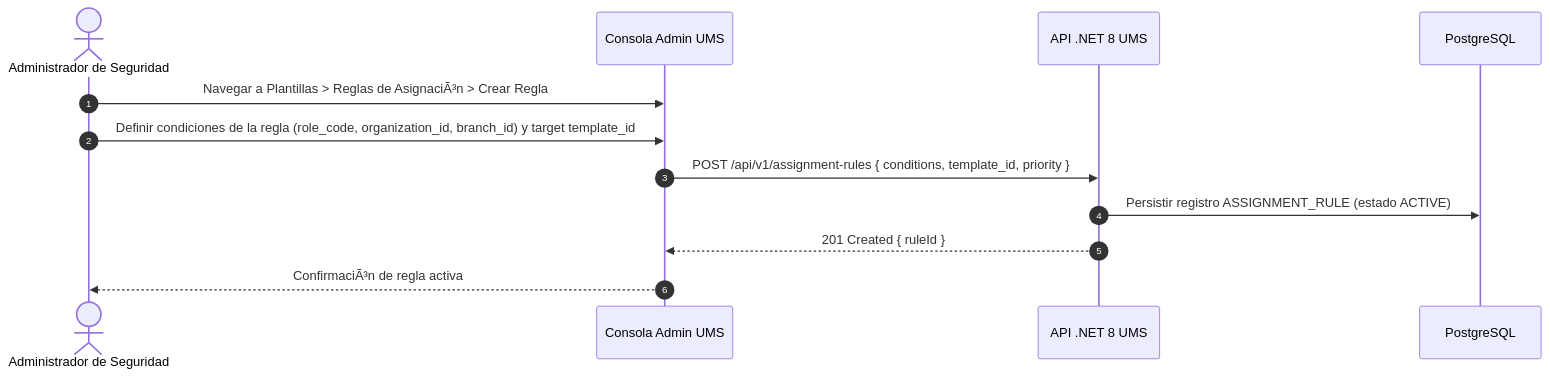
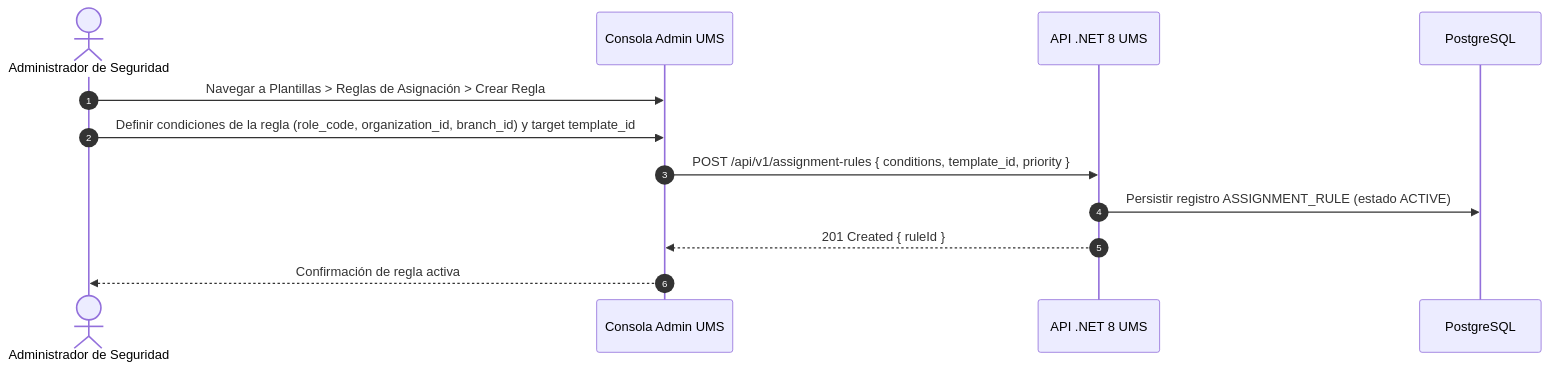
One commit to beyondnetcode/ums changed the first of 2 diagrams in src/ums-workspace/docs/es/01-requirements/functional-stories/fs-06-auto-assign-template.md. Above: the diagram before and after it, drawn with Mermaid. The commit also changed other lines of this file and 9 other files, not shown here.

````diff
--- a/src/ums-workspace/docs/es/01-requirements/functional-stories/fs-06-auto-assign-template.md
+++ b/src/ums-workspace/docs/es/01-requirements/functional-stories/fs-06-auto-assign-template.md
@@ -21,15 +21,15 @@
 ```mermaid
 sequenceDiagram
     autonumber
     actor Admin as Administrador de Seguridad
     participant Console as Consola Admin UMS
     participant API as API .NET 8 UMS
     participant DB as PostgreSQL
 
-    Admin->>Console: Navegar a Plantillas > Reglas de AsignaciÃ³n > Crear Regla
+    Admin->>Console: Navegar a Plantillas > Reglas de Asignación > Crear Regla
     Admin->>Console: Definir condiciones de la regla (role_code, organization_id, branch_id) y target template_id
     Console->>API: POST /api/v1/assignment-rules { conditions, template_id, priority }
     API->>DB: Persistir registro ASSIGNMENT_RULE (estado ACTIVE)
     API-->>Console: 201 Created { ruleId }
-    Console-->>Admin: ConfirmaciÃ³n de regla activa
+    Console-->>Admin: Confirmación de regla activa
 ```
````
